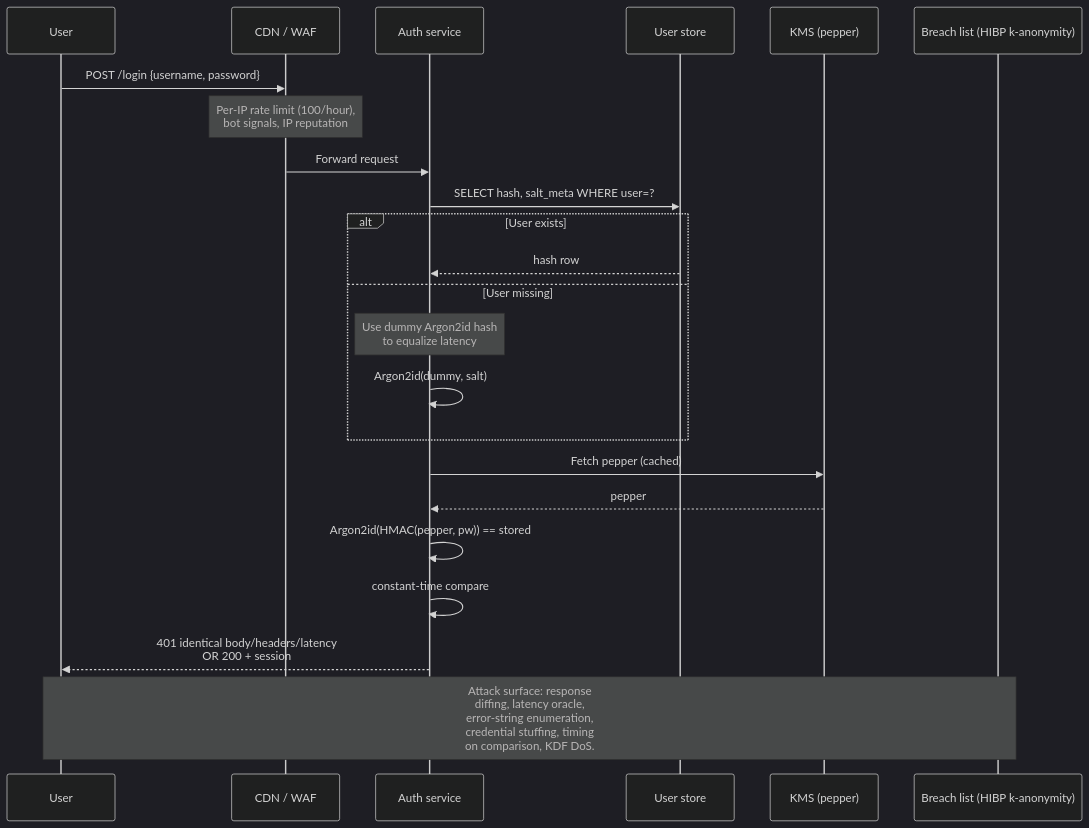
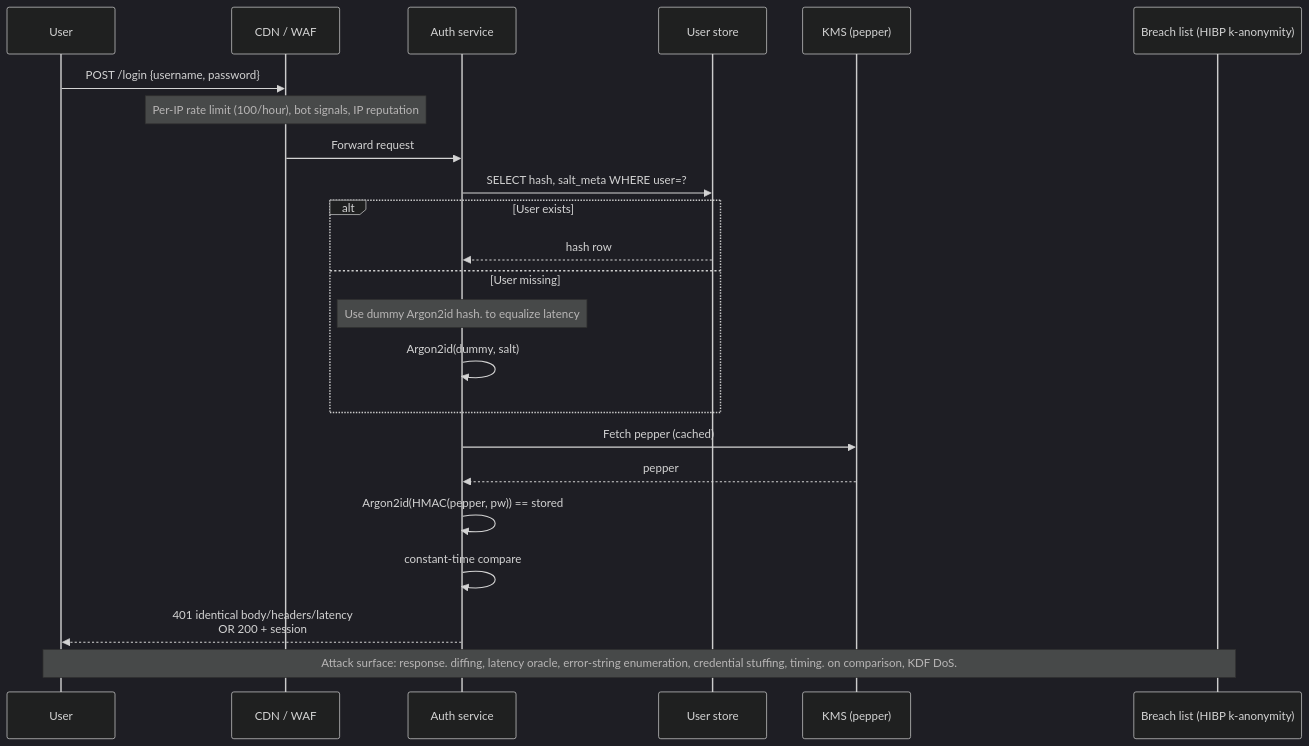
The diagram in docs/75-password-authentication.md (rcha0s/awesome-appsec-interview), drawn with Mermaid (dark theme) before and after one commit. The commit also changed 15 other files, not shown here.

First line of the commit message:
fix(mermaid): replace <br/> in sequenceDiagram Note statements to fix GitHub parse errors

````diff
--- a/docs/75-password-authentication.md
+++ b/docs/75-password-authentication.md
@@ -59,26 +59,26 @@
 ```mermaid
 sequenceDiagram
     participant U as User
     participant CDN as CDN / WAF
     participant App as Auth service
     participant DB as User store
     participant KMS as KMS (pepper)
     participant BL as Breach list (HIBP k-anonymity)
 
     U->>CDN: POST /login {username, password}
-    Note over CDN: Per-IP rate limit (100/hour),<br/>bot signals, IP reputation
+    Note over CDN: Per-IP rate limit (100/hour), bot signals, IP reputation
     CDN->>App: Forward request
     App->>DB: SELECT hash, salt_meta WHERE user=?
     alt User exists
         DB-->>App: hash row
     else User missing
-        Note over App: Use dummy Argon2id hash<br/>to equalize latency
+        Note over App: Use dummy Argon2id hash. to equalize latency
         App->>App: Argon2id(dummy, salt)
     end
     App->>KMS: Fetch pepper (cached)
     KMS-->>App: pepper
     App->>App: Argon2id(HMAC(pepper, pw)) == stored
     App->>App: constant-time compare
     App-->>U: 401 identical body/headers/latency<br/>OR 200 + session
-    Note over U,BL: Attack surface: response<br/>diffing, latency oracle,<br/>error-string enumeration,<br/>credential stuffing, timing<br/>on comparison, KDF DoS.
+    Note over U,BL: Attack surface: response. diffing, latency oracle, error-string enumeration, credential stuffing, timing. on comparison, KDF DoS.
 ```
````
